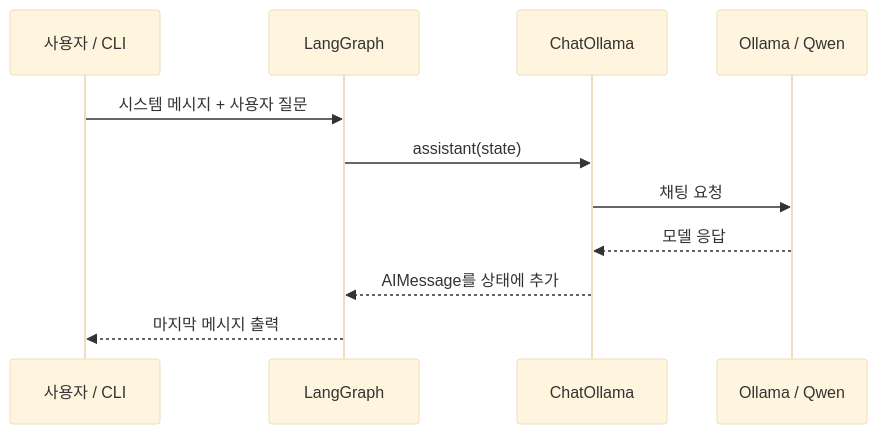
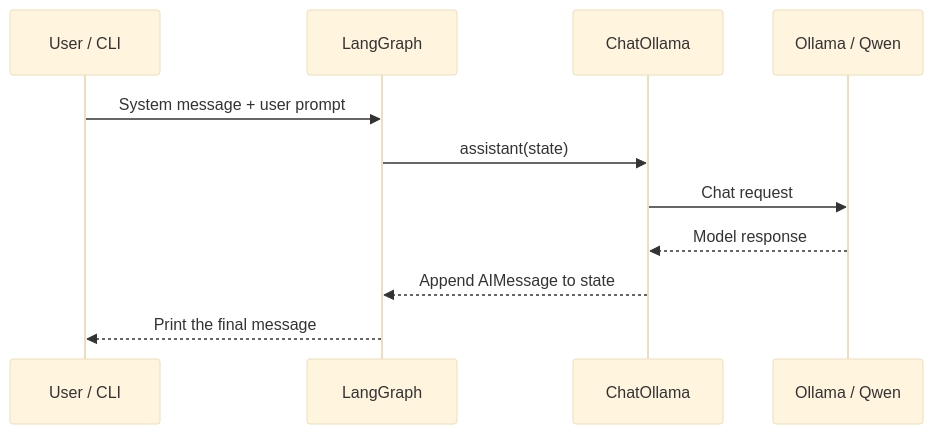
Before and after one commit to scpark20/SteAgent: the diagram in docs/architecture.md, drawn with Mermaid (base theme). The commit also changed other lines of this file and 7 other files, not shown here.

````diff
--- a/docs/architecture.md
+++ b/docs/architecture.md
@@ -7,13 +7,13 @@
 ```mermaid
 sequenceDiagram
-    participant U as 사용자 / CLI
+    participant U as User / CLI
     participant G as LangGraph
     participant L as ChatOllama
     participant O as Ollama / Qwen
-    U->>G: 시스템 메시지 + 사용자 질문
+    U->>G: System message + user prompt
     G->>L: assistant(state)
-    L->>O: 채팅 요청
-    O-->>L: 모델 응답
-    L-->>G: AIMessage를 상태에 추가
-    G-->>U: 마지막 메시지 출력
+    L->>O: Chat request
+    O-->>L: Model response
+    L-->>G: Append AIMessage to state
+    G-->>U: Print the final message
 ```
````
